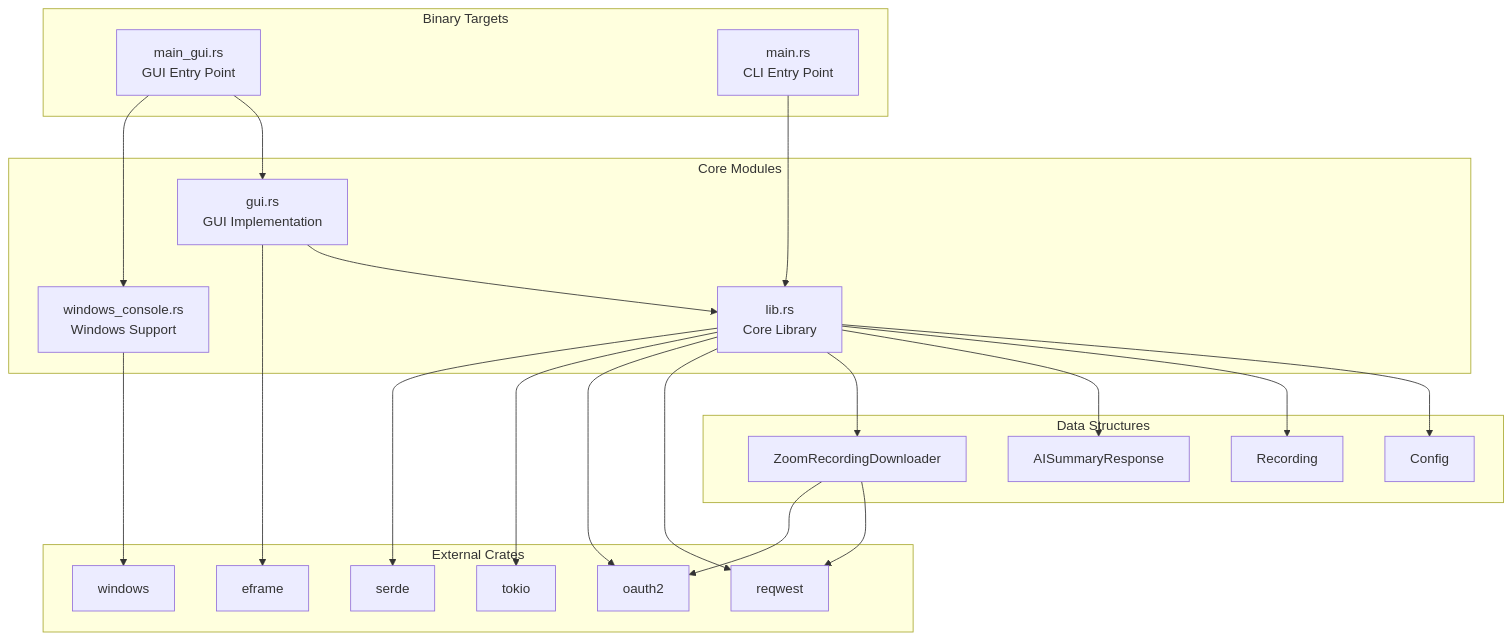
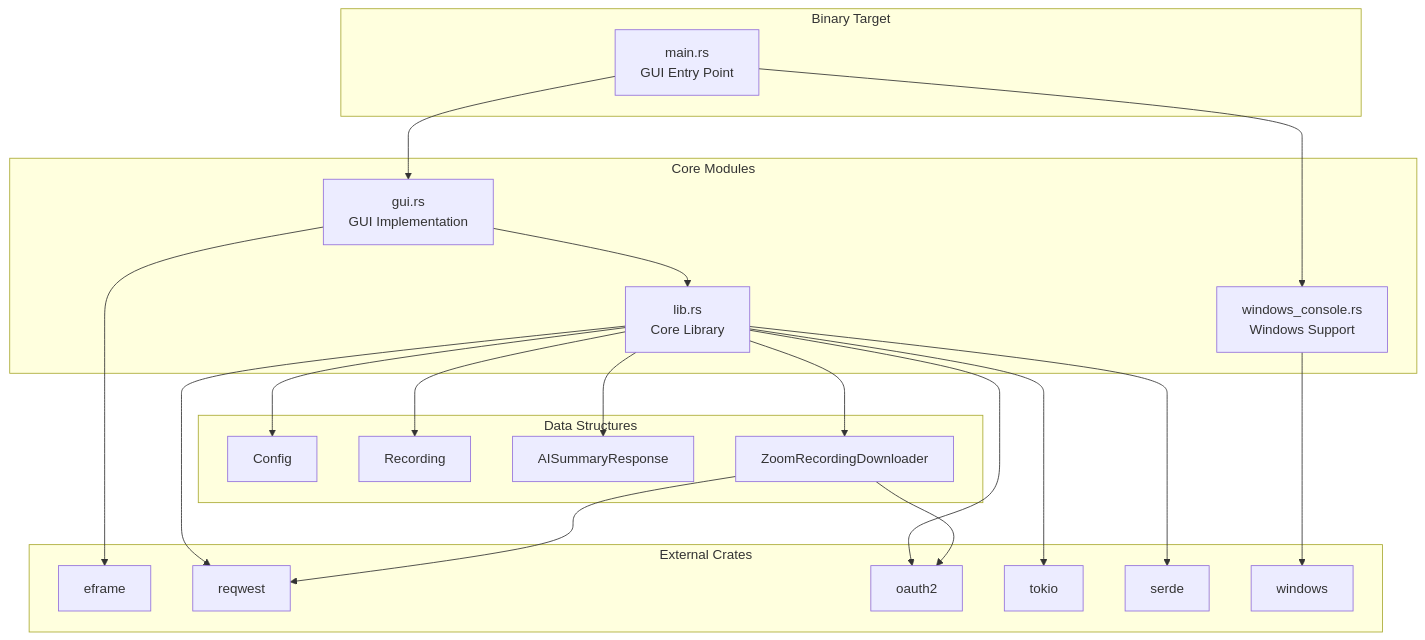
One commit to toshimana/zoom_video_mover changed the seventh of 7 diagrams in ARCHITECTURE.md. Above: the diagram before and after it, drawn with Mermaid. The commit also changed other lines of this file and 5 other files, not shown here.

````diff
--- a/ARCHITECTURE.md
+++ b/ARCHITECTURE.md
@@ -240,50 +238,48 @@
 ```mermaid
 graph TD
-    subgraph "Binary Targets"
-        MainGUI[main_gui.rs<br/>GUI Entry Point]
-        MainCLI[main.rs<br/>CLI Entry Point]
+    subgraph "Binary Target"
+        MainGUI[main.rs<br/>GUI Entry Point]
     end
     
     subgraph "Core Modules"
         Lib[lib.rs<br/>Core Library]
         GUI[gui.rs<br/>GUI Implementation]
         WinConsole[windows_console.rs<br/>Windows Support]
     end
     
     subgraph "Data Structures"
         Config[Config]
         Recording[Recording]
         AISummary[AISummaryResponse]
         Downloader[ZoomRecordingDownloader]
     end
     
     subgraph "External Crates"
         EFrame[eframe]
         Reqwest[reqwest]
         OAuth2[oauth2]
         Tokio[tokio]
         Serde[serde]
         Windows[windows]
     end
     
     MainGUI --> GUI
     MainGUI --> WinConsole
-    MainCLI --> Lib
     
     GUI --> Lib
     GUI --> EFrame
     WinConsole --> Windows
     
     Lib --> Config
     Lib --> Recording
     Lib --> AISummary
     Lib --> Downloader
     
     Lib --> Reqwest
     Lib --> OAuth2
     Lib --> Tokio
     Lib --> Serde
     
     Downloader --> Reqwest
     Downloader --> OAuth2
 ```
````
